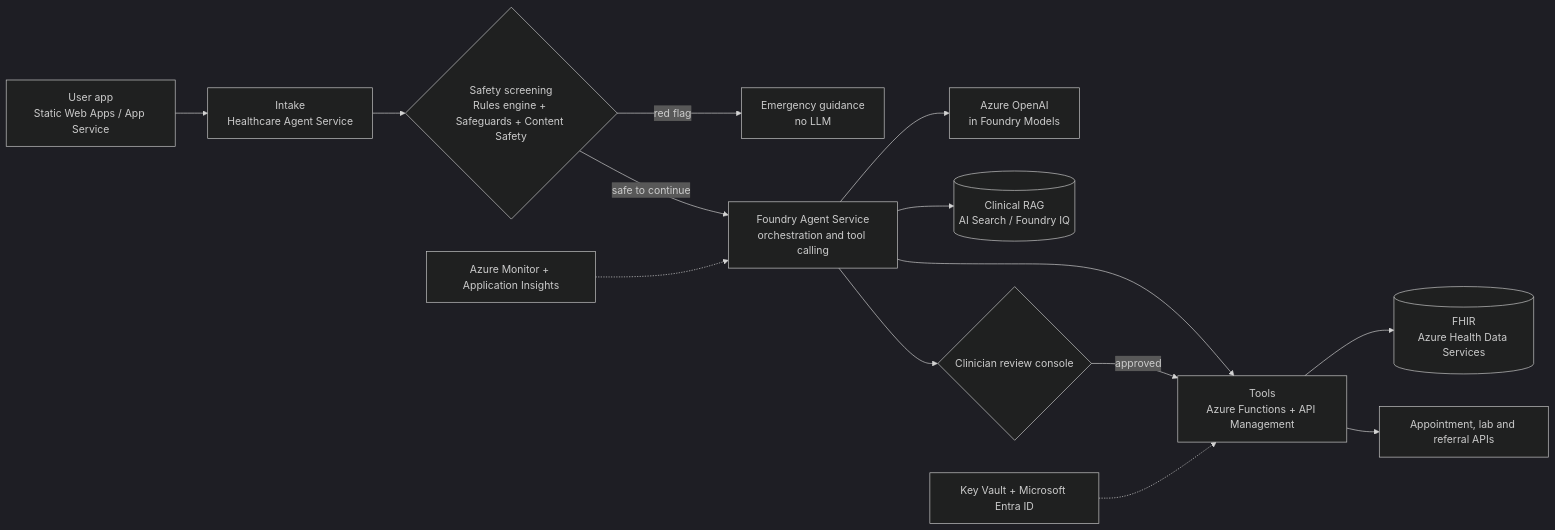
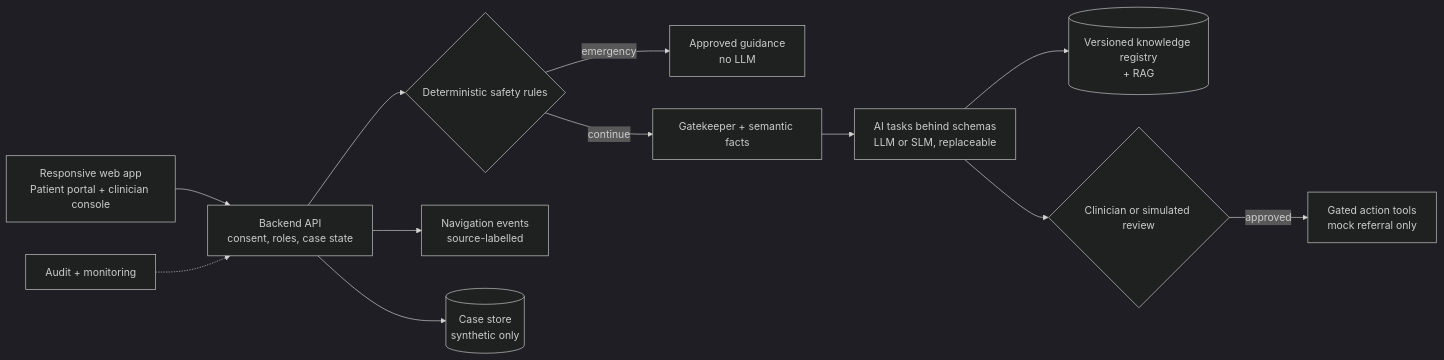
One commit to aetherhealth-sanad/sanad-front-door changed the second of 2 diagrams in README.md. Above: the diagram before and after it, drawn with Mermaid (dark theme). The commit also changed other lines of this file and 2 other files, not shown here.

````diff
--- a/README.md
+++ b/README.md
@@ -80,16 +283,14 @@
 ```mermaid
 flowchart LR
-    U["User app<br/>Static Web Apps / App Service"] --> I["Intake<br/>Healthcare Agent Service"]
-    I --> S{"Safety screening<br/>Rules engine + Safeguards + Content Safety"}
-    S -->|"red flag"| E["Emergency guidance<br/>no LLM"]
-    S -->|"safe to continue"| O["Foundry Agent Service<br/>orchestration and tool calling"]
-    O --> L["Azure OpenAI<br/>in Foundry Models"]
-    O --> K[("Clinical RAG<br/>AI Search / Foundry IQ")]
-    O --> T["Tools<br/>Azure Functions + API Management"]
-    T --> F[("FHIR<br/>Azure Health Data Services")]
-    T --> X["Appointment, lab and referral APIs"]
-    O --> R{"Clinician review console"}
-    R -->|"approved"| T
-    M["Azure Monitor + Application Insights"] -.-> O
-    V["Key Vault + Microsoft Entra ID"] -.-> T
+    U["Responsive web app<br/>Patient portal + clinician console"] --> A["Backend API<br/>consent, roles, case state"]
+    A --> S{"Deterministic safety rules"}
+    S -->|"emergency"| E["Approved guidance<br/>no LLM"]
+    S -->|"continue"| G["Gatekeeper + semantic facts"]
+    G --> O["AI tasks behind schemas<br/>LLM or SLM, replaceable"]
+    O --> K[("Versioned knowledge registry<br/>+ RAG")]
+    O --> R{"Clinician or simulated review"}
+    R -->|"approved"| T["Gated action tools<br/>mock referral only"]
+    A --> P["Navigation events<br/>source-labelled"]
+    A --> C[("Case store<br/>synthetic only")]
+    M["Audit + monitoring"] -.-> A
 ```
````
